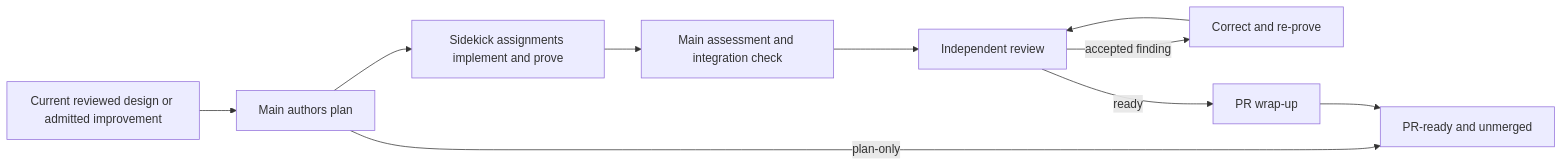
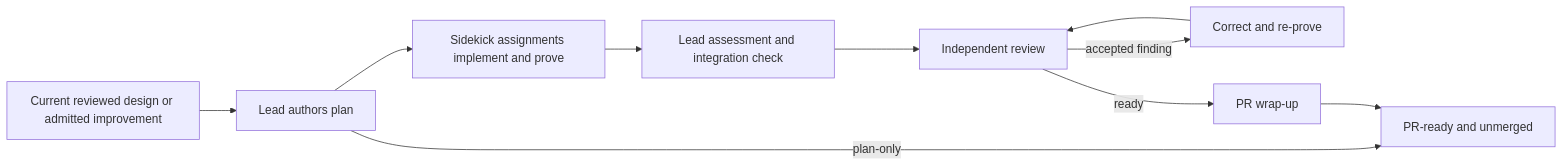
Before and after one commit to ShravanSunder/ai-tools: the diagram in plugins/shravan-dev-workflow/skills/orchestrator-implementation-goal/README.md, drawn with Mermaid. The commit also changed other lines of this file and 61 other files, not shown here.

First line of the commit message:
Main becomes the Lead; skills point to manage-agents (#107)

````diff
--- a/plugins/shravan-dev-workflow/skills/orchestrator-implementation-goal/README.md
+++ b/plugins/shravan-dev-workflow/skills/orchestrator-implementation-goal/README.md
@@ -7,12 +7,12 @@
 ```mermaid
 flowchart LR
-    A[Current reviewed design or admitted improvement] --> B[Main authors plan]
+    A[Current reviewed design or admitted improvement] --> B[Lead authors plan]
     B -->|plan-only| G[Requested terminal]
     B --> C[Sidekick assignments implement and prove]
-    C --> H[Main assessment and integration check]
+    C --> H[Lead assessment and integration check]
     H --> D[Independent review]
     D -->|accepted finding| E[Correct and re-prove]
     E --> D
     D -->|ready| F[PR wrap-up]
     F --> G[PR-ready and unmerged]
 ```
````
